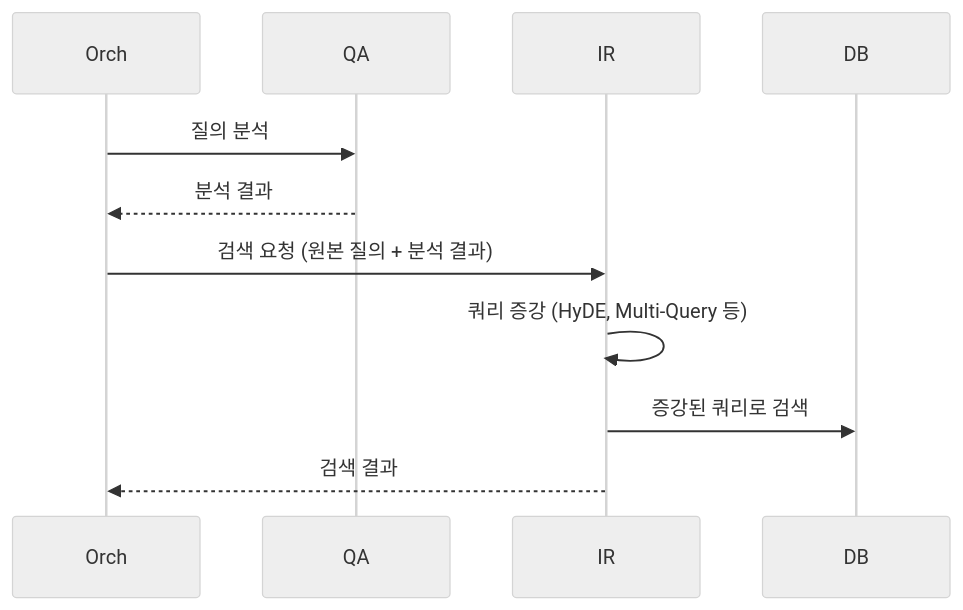
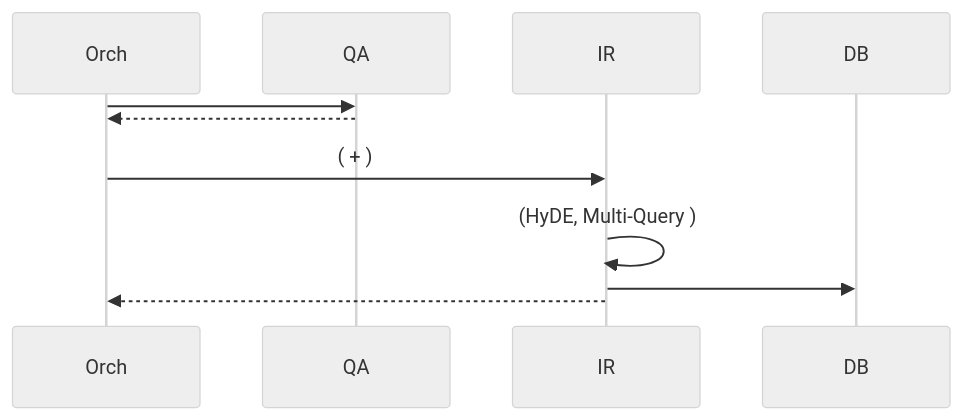
One commit to SKN19-FINAL-5team/LLM changed the second of 3 diagrams in docs/guides/rag_architecture_expert_view.md. Above: the diagram before and after it, drawn with Mermaid (neutral theme). The commit also changed other lines of this file and 183 other files, not shown here.

````diff
--- a/docs/guides/rag_architecture_expert_view.md
+++ b/docs/guides/rag_architecture_expert_view.md
@@ -56,9 +56,9 @@
 ```mermaid
 sequenceDiagram
-    Orch->>QA: 질의 분석
-    QA-->>Orch: 분석 결과
-    Orch->>IR: 검색 요청 (원본 질의 + 분석 결과)
-    IR->>IR: 쿼리 증강 (HyDE, Multi-Query 등)
-    IR->>DB: 증강된 쿼리로 검색
-    IR-->>Orch: 검색 결과
+    Orch->>QA:  
+    QA-->>Orch:  
+    Orch->>IR:   (  +  )
+    IR->>IR:   (HyDE, Multi-Query )
+    IR->>DB:   
+    IR-->>Orch:  
 ```
````
